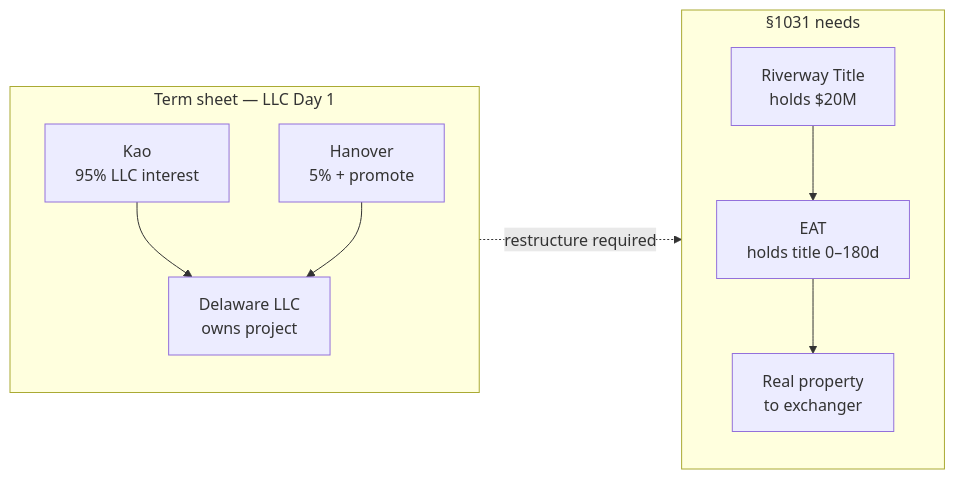
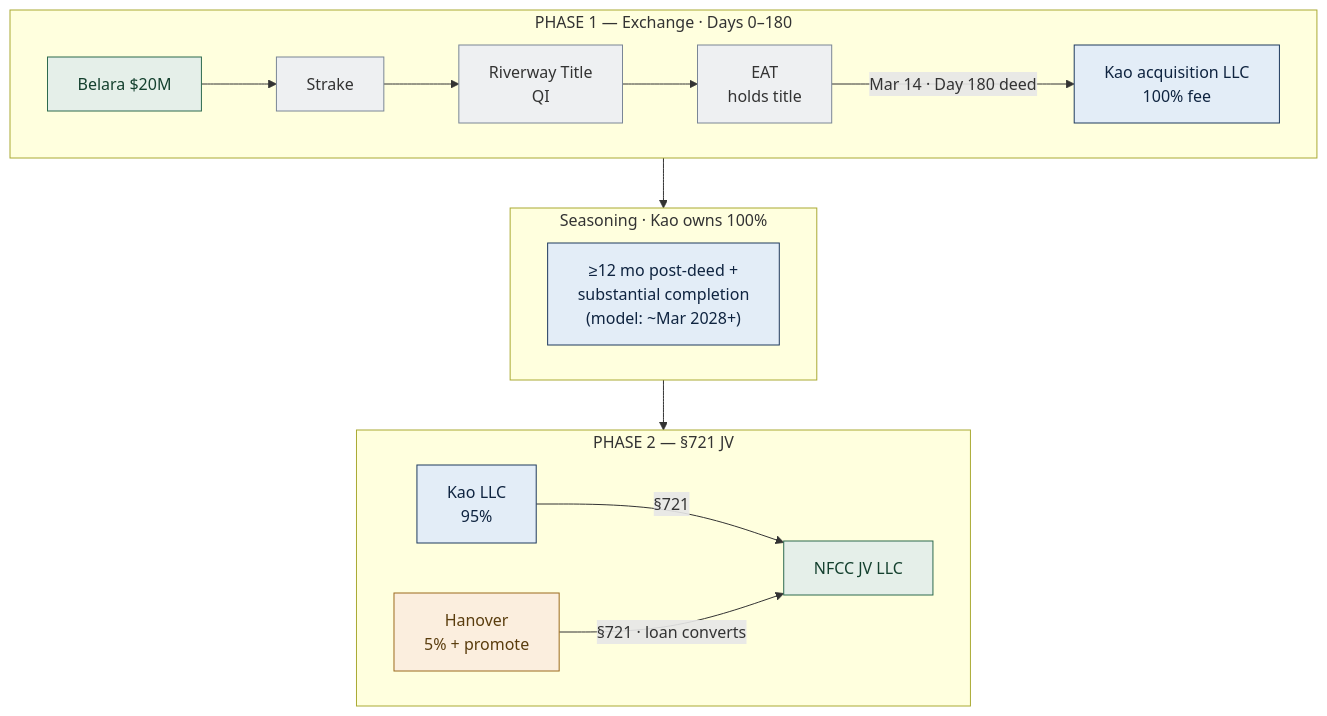
Before and after one commit to EthanCow/North-Forsyth-1031-Diagrams: the first of 17 diagrams in North_Forsyth_1031_Diagrams.md, drawn with Mermaid. The commit also changed other lines of this file and 4 other files, not shown here.

````diff
--- a/North_Forsyth_1031_Diagrams.md
+++ b/North_Forsyth_1031_Diagrams.md
@@ -40,17 +56,28 @@
 ```mermaid
-flowchart LR
-  subgraph TS["Term sheet — LLC Day 1"]
-    K["Kao\n95% LLC interest"]
-    H["Hanover\n5% + promote"]
-    JV["Delaware LLC\nowns project"]
-    K --> JV
-    H --> JV
+flowchart TB
+  subgraph P1["PHASE 1 — Exchange · Days 0–180"]
+    Belara["Belara $20M"]:::asset
+    SK["Strake"]:::neutral
+    QI["Riverway Title\nQI"]:::neutral
+    EAT["EAT\nholds title"]:::neutral
+    KLLC["Kao acquisition LLC\n100% fee"]:::kao
+    Belara --> SK --> QI
+    QI --> EAT
+    EAT -->|"Mar 14 · Day 180 deed"| KLLC
   end
-  subgraph REQ["§1031 needs"]
-    QI["Riverway Title\nholds $20M"]
-    EAT["EAT\nholds title 0–180d"]
-    RP["Real property\nto exchanger"]
-    QI --> EAT --> RP
+  subgraph GAP["Seasoning · Kao owns 100%"]
+    G["≥12 mo post-deed +\nsubstantial completion\n(model: ~Mar 2028+)"]:::kao
   end
-  TS -.->|"restructure required"| REQ
+  subgraph P2["PHASE 2 — §721 JV"]
+    K2["Kao LLC\n95%"]:::kao
+    H["Hanover\n5% + promote"]:::han
+    JV["NFCC JV LLC"]:::asset
+    K2 -->|"§721"| JV
+    H -->|"§721 · loan converts"| JV
+  end
+  P1 --> GAP --> P2
+  classDef kao fill:#e3edf7,stroke:#1f3a5f,color:#0f2440;
+  classDef han fill:#fbeede,stroke:#9c6b1e,color:#5a3d0e;
+  classDef neutral fill:#eef0f2,stroke:#7a8696,color:#333;
+  classDef asset fill:#e5efe9,stroke:#2d6a4f,color:#14402e;
 ```
````
